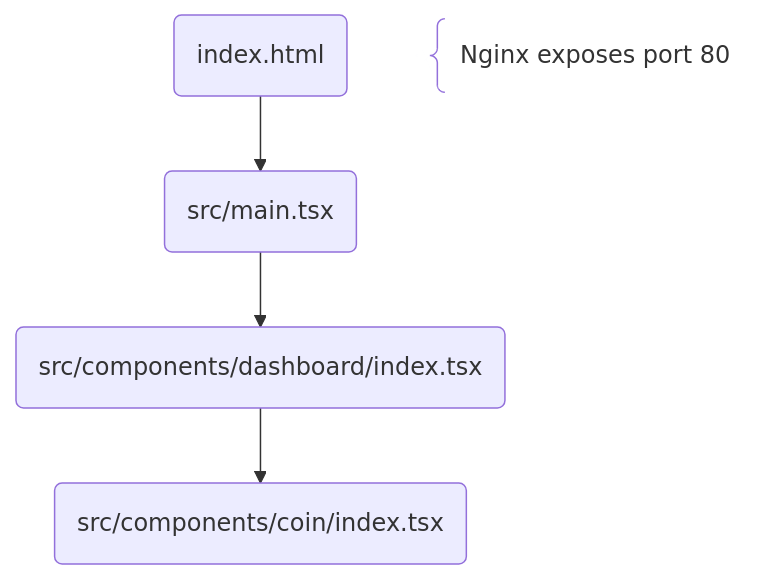
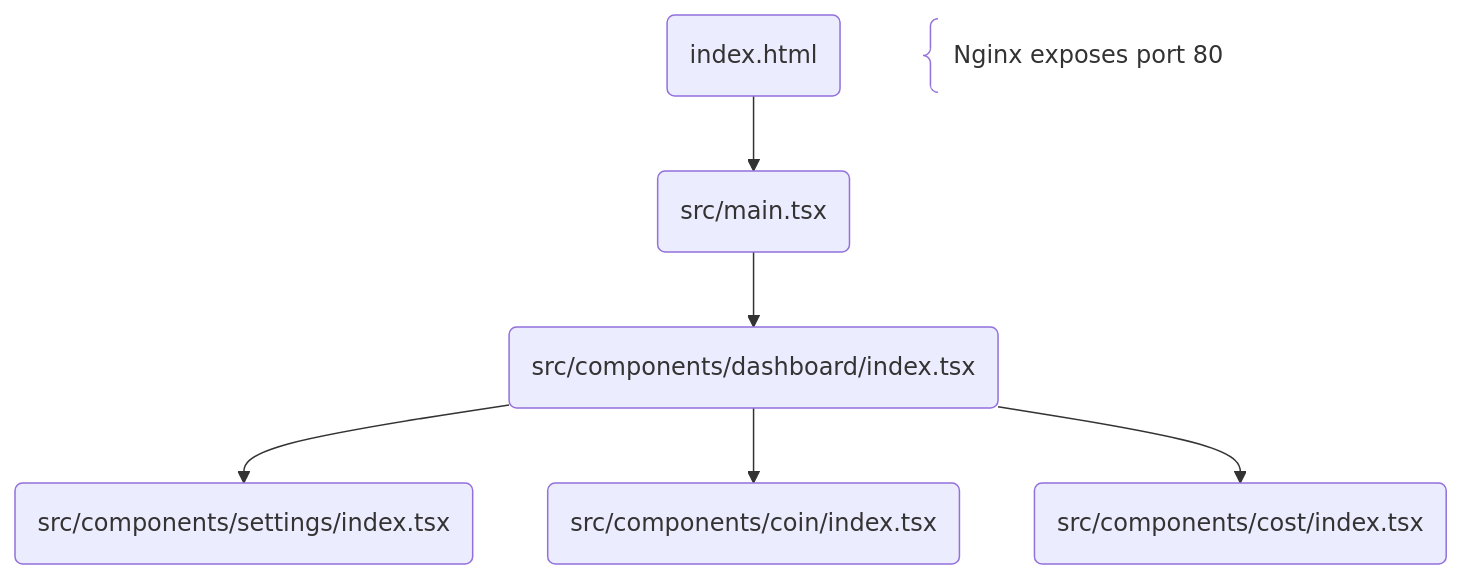
One commit to chump29/sober changed the second of 2 diagrams in README.md. Above: the diagram before and after it, drawn with Mermaid. The commit also changed other lines of this file, not shown here.

Commit message:
docs: update flow

````diff
--- a/README.md
+++ b/README.md
@@ -22,7 +22,9 @@
 ```mermaid
 flowchart TD
 index(index.html)-->main(src/main.tsx)
 main-->dashboard(src/components/dashboard/index.tsx)
+dashboard-->settings(src/components/settings/index.tsx)
 dashboard-->coin(src/components/coin/index.tsx)
+dashboard-->cost(src/components/cost/index.tsx)
 port@{shape: comment, label: "&nbsp; Nginx exposes port 80"}
 ```
````
